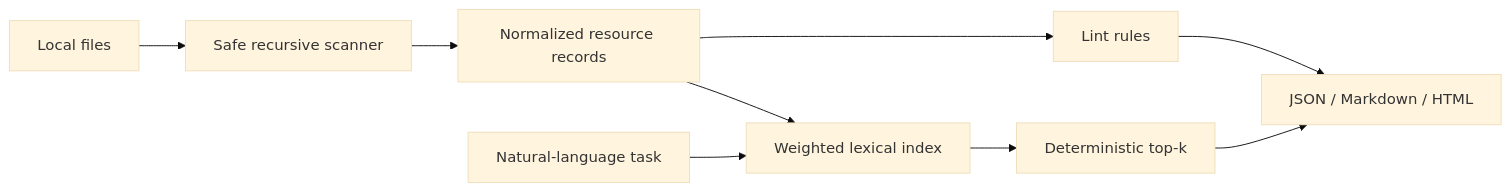
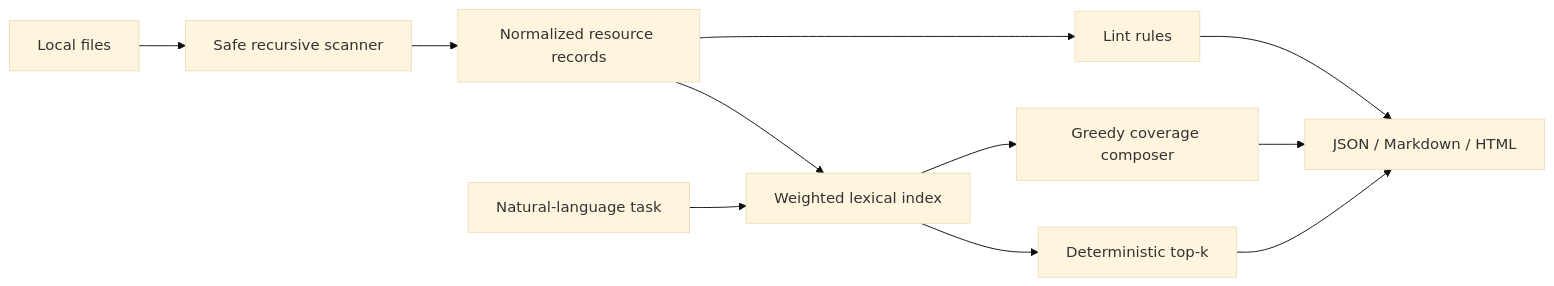
The diagram in README.md (mockingbird777/task2tool), drawn with Mermaid (base theme) before and after one commit. The commit also changed other lines of this file and 11 other files, not shown here.

````diff
--- a/README.md
+++ b/README.md
@@ -237,11 +259,13 @@
 ```mermaid
 flowchart LR
   A["Local files"] --> B["Safe recursive scanner"]
   B --> C["Normalized resource records"]
   C --> D["Weighted lexical index"]
   Q["Natural-language task"] --> D
   D --> E["Deterministic top-k"]
+  D --> H["Greedy coverage composer"]
   C --> F["Lint rules"]
   E --> G["JSON / Markdown / HTML"]
+  H --> G
   F --> G
 ```
````
